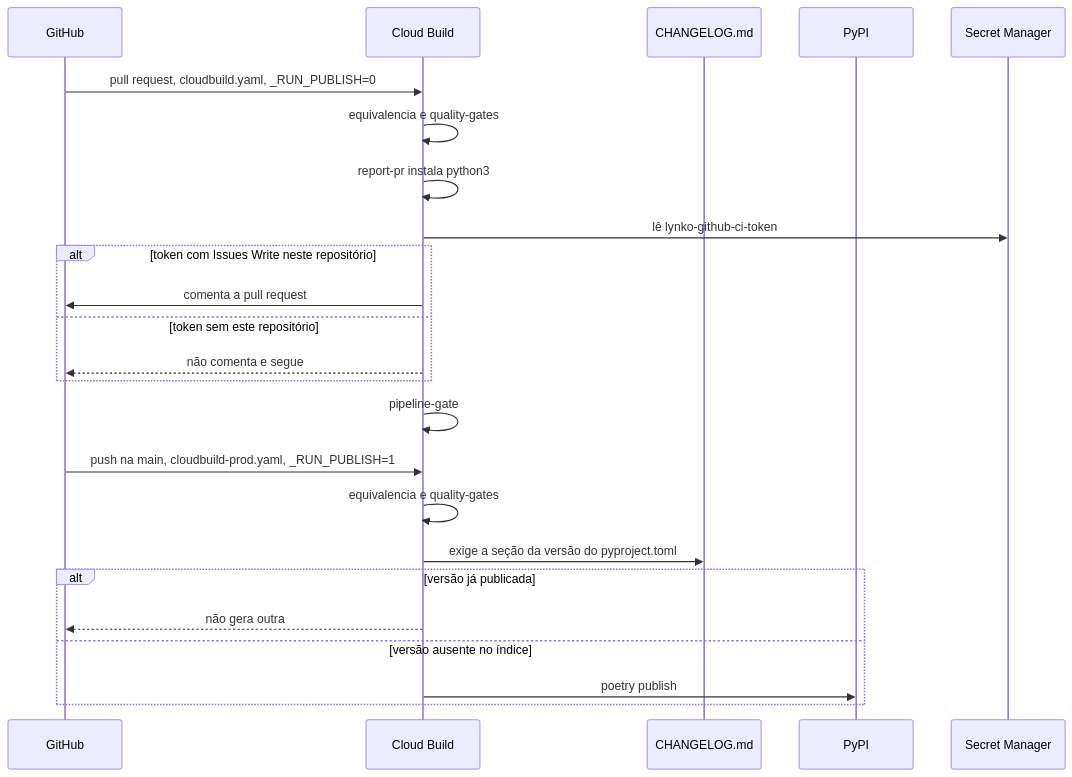
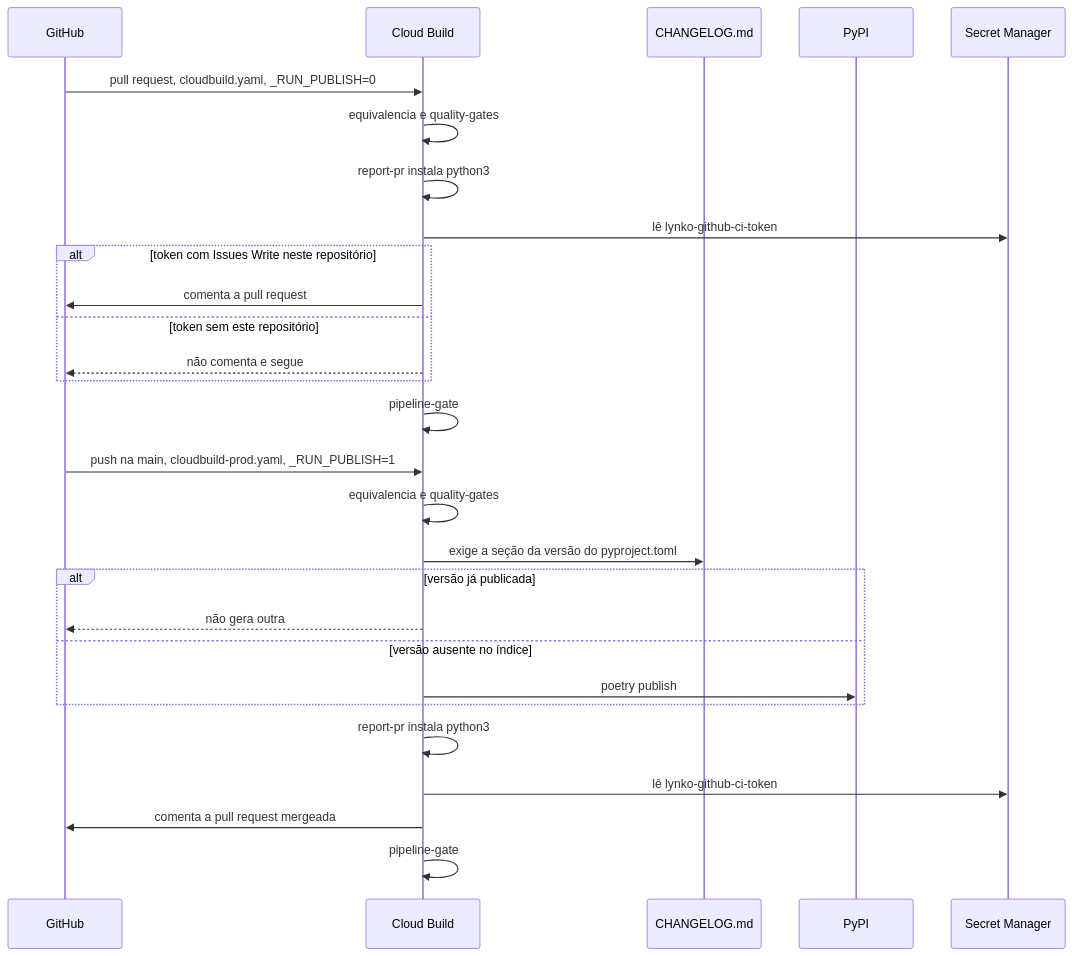
The second of 3 diagrams in docs/publicacao-flow.md (garusocruz/calculadora-rtc-simples-nacional), drawn with Mermaid before and after one commit. The commit also changed other lines of this file and 5 other files, not shown here.

````diff
--- a/docs/publicacao-flow.md
+++ b/docs/publicacao-flow.md
@@ -25,26 +28,30 @@
 ```mermaid
 sequenceDiagram
   participant GH as GitHub
   participant CB as Cloud Build
   participant CL as CHANGELOG.md
   participant Py as PyPI
   participant SM as Secret Manager
   GH->>CB: pull request, cloudbuild.yaml, _RUN_PUBLISH=0
   CB->>CB: equivalencia e quality-gates
   CB->>CB: report-pr instala python3
   CB->>SM: lê lynko-github-ci-token
   alt token com Issues Write neste repositório
     CB->>GH: comenta a pull request
   else token sem este repositório
     CB-->>GH: não comenta e segue
   end
   CB->>CB: pipeline-gate
   GH->>CB: push na main, cloudbuild-prod.yaml, _RUN_PUBLISH=1
   CB->>CB: equivalencia e quality-gates
   CB->>CL: exige a seção da versão do pyproject.toml
   alt versão já publicada
     CB-->>GH: não gera outra
   else versão ausente no índice
     CB->>Py: poetry publish
   end
+  CB->>CB: report-pr instala python3
+  CB->>SM: lê lynko-github-ci-token
+  CB->>GH: comenta a pull request mergeada
+  CB->>CB: pipeline-gate
 ```
````
